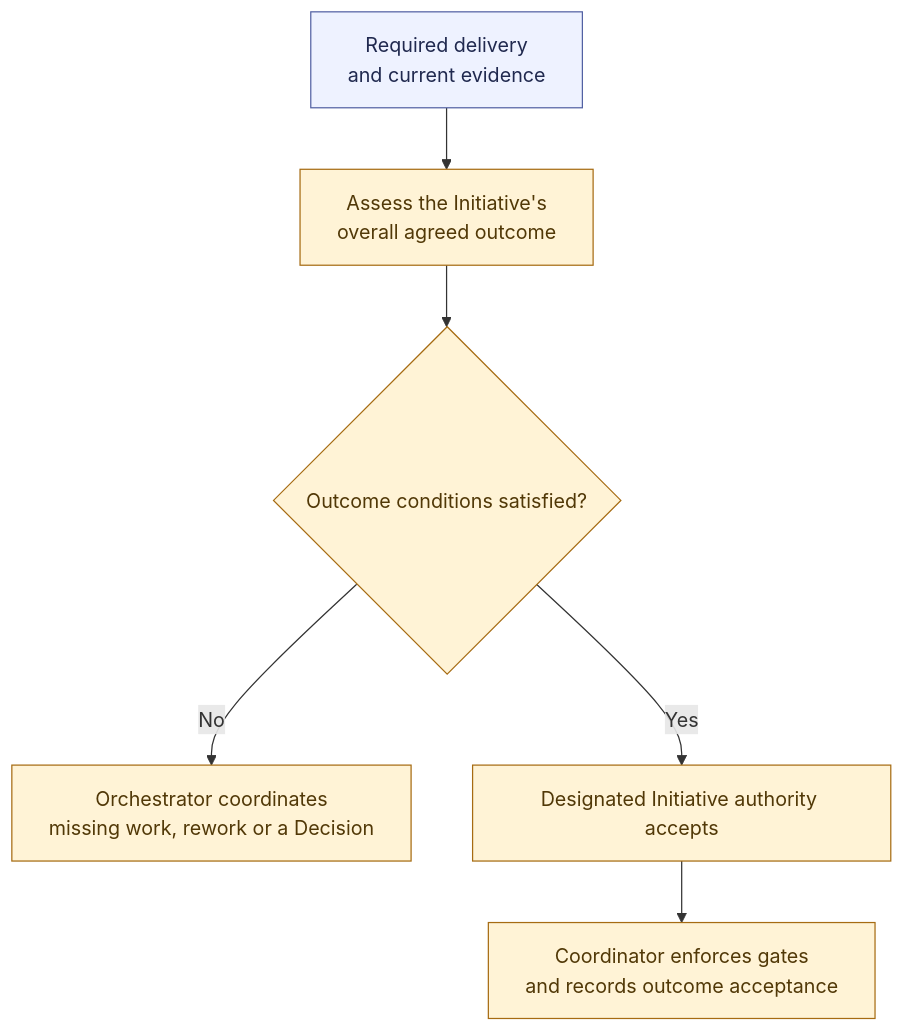
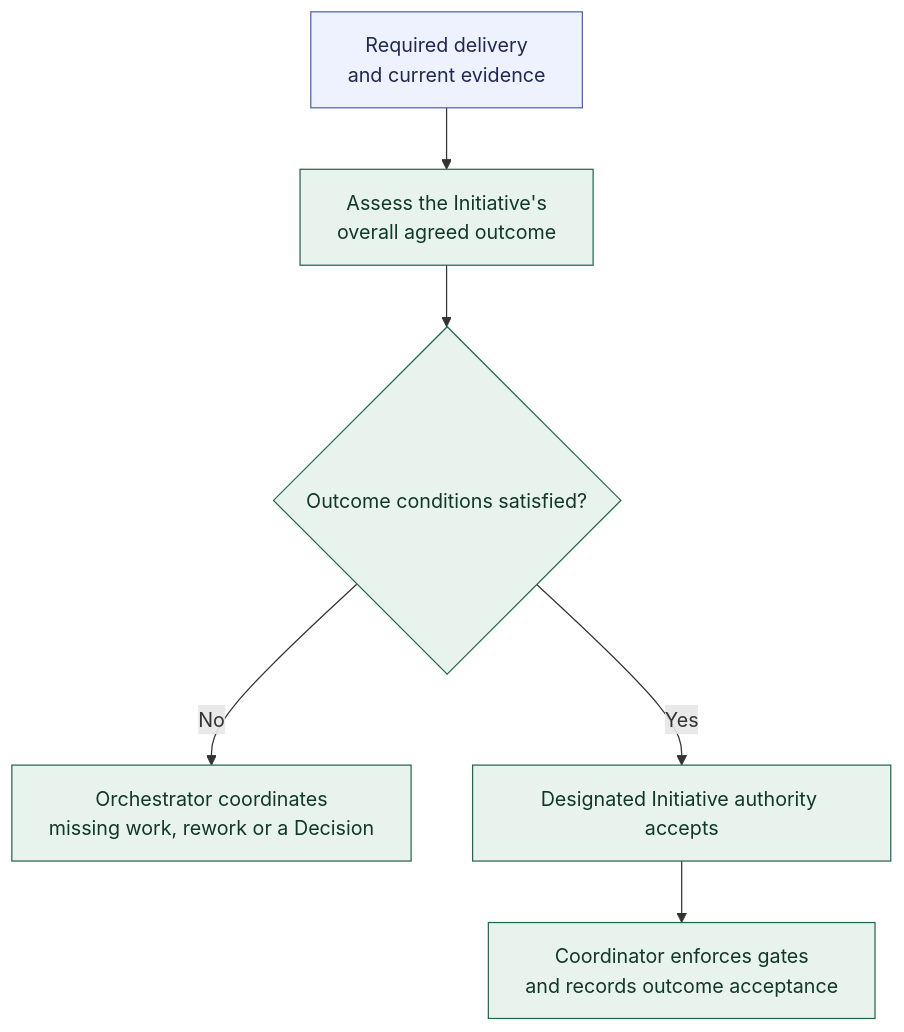
Before and after one commit to andrii2g/mobiraeon: the diagram in docs/diagrams/initiative-acceptance.md, drawn with Mermaid. The commit also changed other lines of this file and 7 other files, not shown here.

````diff
--- a/docs/diagrams/initiative-acceptance.md
+++ b/docs/diagrams/initiative-acceptance.md
@@ -5,18 +5,18 @@
 ```mermaid
 ---
 config:
   flowchart:
     wrappingWidth: 280
 ---
 flowchart TB
     DELIVERY["Required delivery<br/>and current evidence"] --> ASSESS["Assess the Initiative's<br/>overall agreed outcome"]
     ASSESS --> GATE{"Outcome conditions satisfied?"}
     GATE -->|No| GAPS["Orchestrator coordinates<br/>missing work, rework or a Decision"]
     GATE -->|Yes| AUTHORITY["Designated Initiative authority accepts"]
     AUTHORITY --> RECORD["Coordinator enforces gates<br/>and records outcome acceptance"]
 
-    classDef proposed fill:#fff3d6,stroke:#a66b12,color:#513807;
+    classDef agreed fill:#e8f3ee,stroke:#28644d,color:#12372a;
     classDef boundary fill:#eef2ff,stroke:#5261a3,color:#20294f;
-    class ASSESS,GATE,GAPS,AUTHORITY,RECORD proposed;
+    class ASSESS,GATE,GAPS,AUTHORITY,RECORD agreed;
     class DELIVERY boundary;
 ```
````
